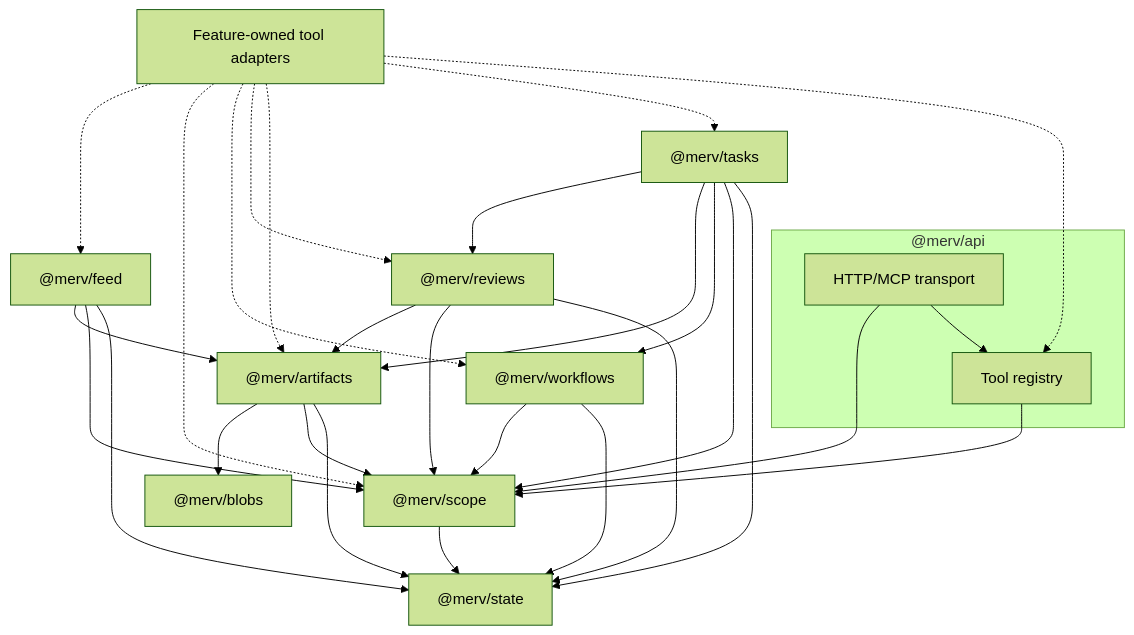
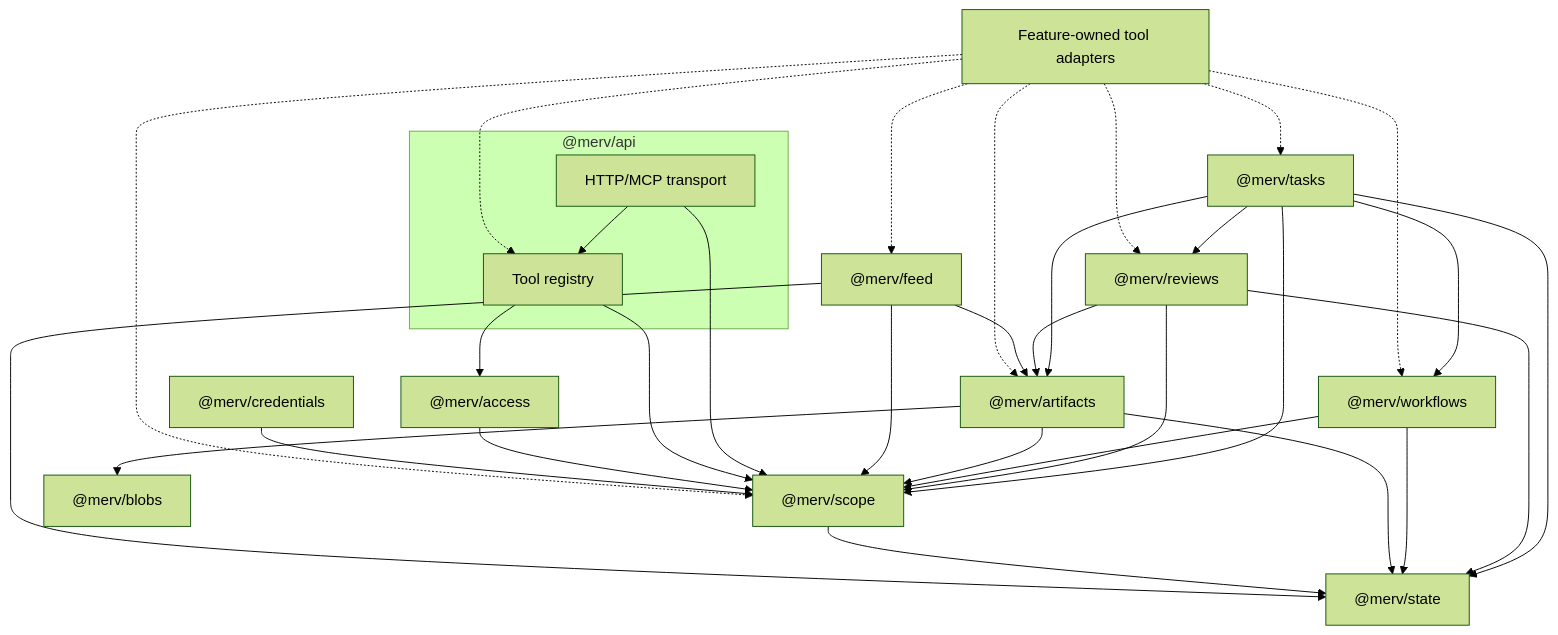
Before and after one commit to rapidreview-io/Merv: the second of 2 diagrams in merv-typescript/README.md, drawn with Mermaid (forest theme). The commit also changed other lines of this file and 38 other files, not shown here.

````diff
--- a/merv-typescript/README.md
+++ b/merv-typescript/README.md
@@ -169,32 +223,35 @@
 ```mermaid
 flowchart TB
   Task["@merv/tasks"] --> State["@merv/state"]
   Task --> Scope["@merv/scope"]
   Task --> Workflows["@merv/workflows"]
   Task --> Artifacts["@merv/artifacts"]
   Task --> Reviews["@merv/reviews"]
   Reviews --> State
   Reviews --> Scope
   Reviews --> Artifacts
   Workflows --> State
   Workflows --> Scope
   Artifacts --> State
   Artifacts --> Scope
   Artifacts --> Blobs["@merv/blobs"]
   Scope --> State
   Feed["@merv/feed"] --> State
   Feed --> Scope
   Feed --> Artifacts
   subgraph API["@merv/api"]
     HTTP["HTTP/MCP transport"] --> Tools["Tool registry"]
   end
   HTTP --> Scope
   Tools --> Scope
+  Tools --> Access["@merv/access"]
+  Access --> Scope
+  Credentials["@merv/credentials"] --> Scope
   Adapters["Feature-owned tool adapters"] -.-> Tools
   Adapters -.-> Task
   Adapters -.-> Artifacts
   Adapters -.-> Reviews
   Adapters -.-> Workflows
   Adapters -.-> Scope
   Adapters -.-> Feed
 ```
````
